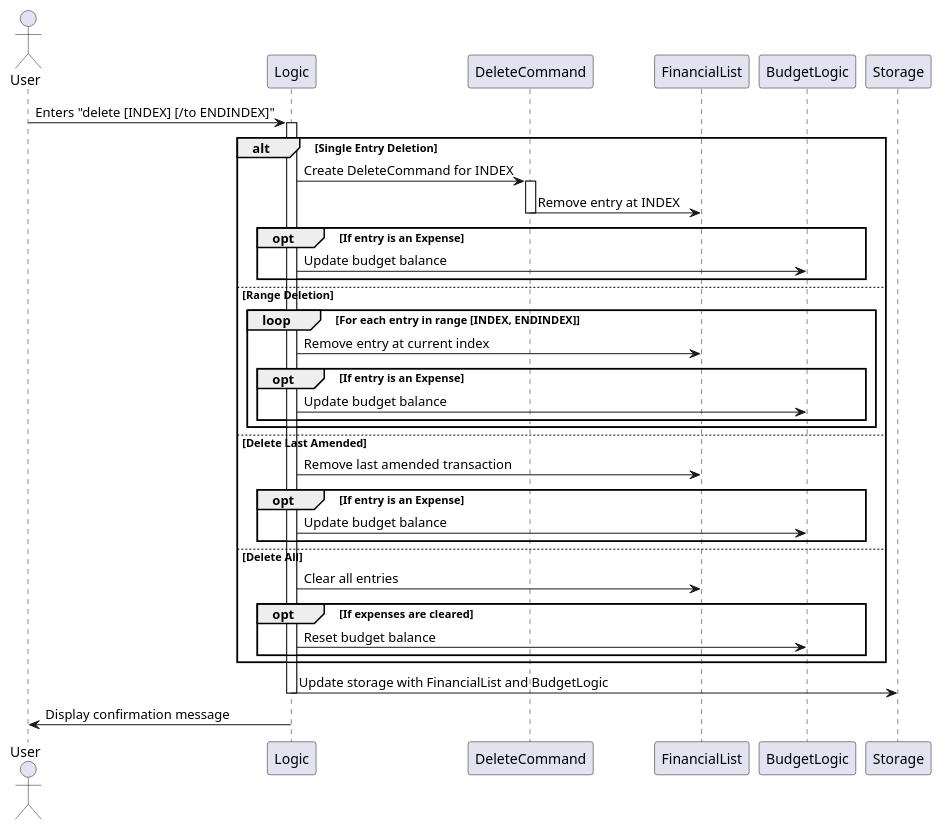
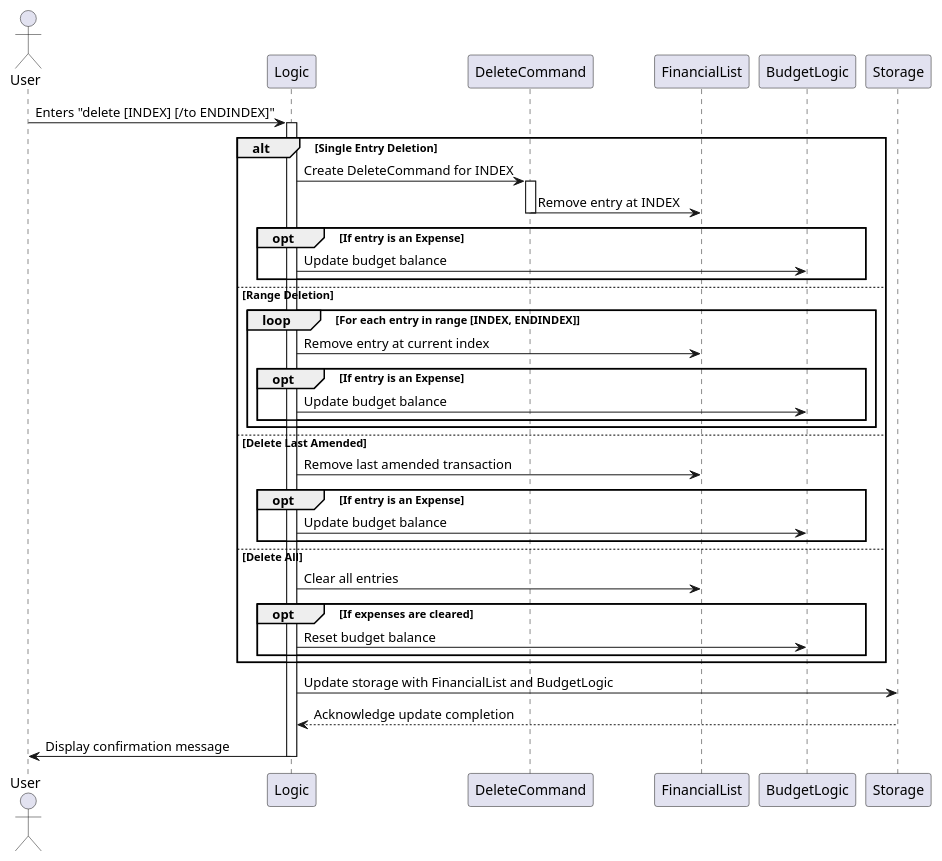
Before and after one commit to nus-cs2113-AY2425S1/tp: the diagram in docs/UML/DeleteCommandSequenceDiagram.puml, drawn with PlantUML. The commit also changed 1 other file, not shown here.

```diff
--- a/docs/UML/DeleteCommandSequenceDiagram.puml
+++ b/docs/UML/DeleteCommandSequenceDiagram.puml
@@ -1,42 +1,44 @@
 @startuml
 actor User
 participant "Logic" as L
 participant "DeleteCommand" as DC
 participant "FinancialList" as FL
 participant "BudgetLogic" as B
 participant "Storage" as ST
 
 User -> L: Enters "delete [INDEX] [/to ENDINDEX]"
 activate L
 
 alt Single Entry Deletion
     L -> DC: Create DeleteCommand for INDEX
     activate DC
     DC -> FL: Remove entry at INDEX
     deactivate DC
     opt If entry is an Expense
         L -> B: Update budget balance
     end
 else Range Deletion
     loop For each entry in range [INDEX, ENDINDEX]
         L -> FL: Remove entry at current index
         opt If entry is an Expense
             L -> B: Update budget balance
         end
     end
 else Delete Last Amended
     L -> FL: Remove last amended transaction
     opt If entry is an Expense
         L -> B: Update budget balance
     end
 else Delete All
     L -> FL: Clear all entries
     opt If expenses are cleared
         L -> B: Reset budget balance
     end
 end
 
 L -> ST: Update storage with FinancialList and BudgetLogic
+ST --> L: Acknowledge update completion
+
+L -> User: Display confirmation message
 deactivate L
-User <- L: Display confirmation message
 @enduml
```
